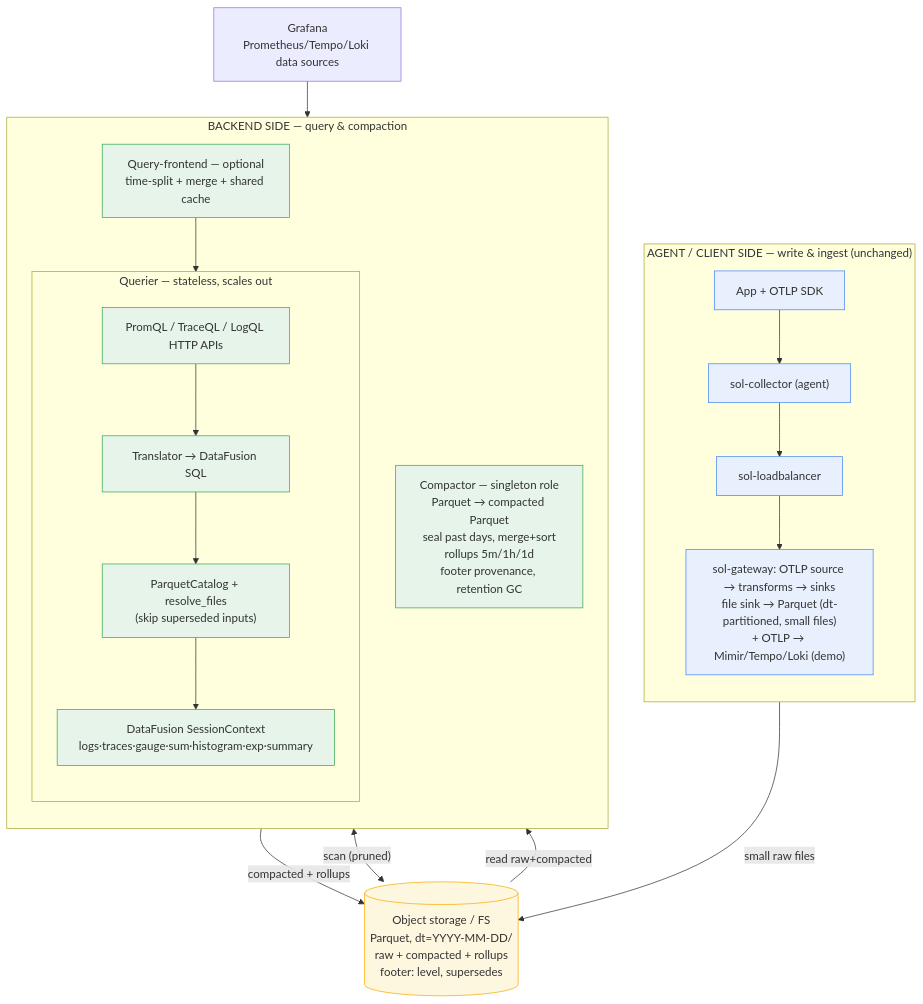
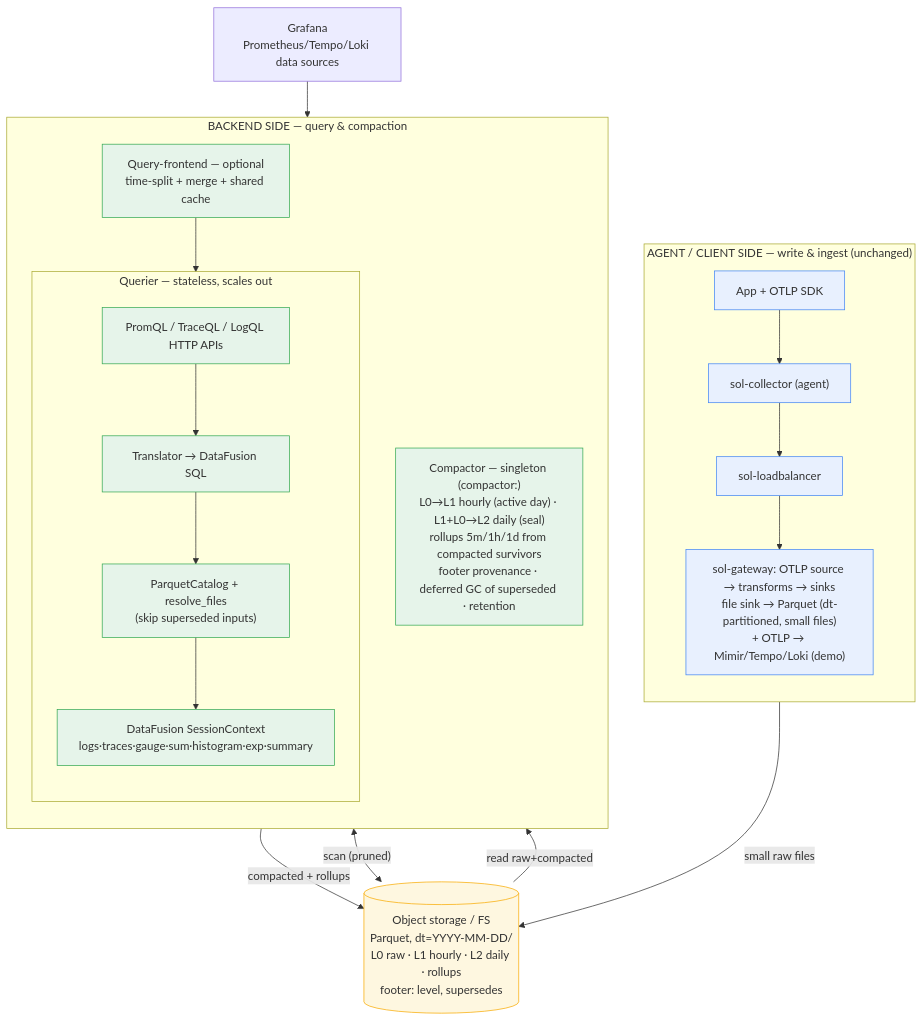
One commit to cboudereau/sol changed the first of 2 diagrams in docs/workspace/parquet-backend/DESIGN.md. Above: the diagram before and after it, drawn with Mermaid. The commit also changed other lines of this file and 3 other files, not shown here.

First line of the commit message:
docs(parquet-backend): reconcile workspace with shipped behavior + lifecycle diagram

````diff
--- a/docs/workspace/parquet-backend/DESIGN.md
+++ b/docs/workspace/parquet-backend/DESIGN.md
@@ -392,40 +400,40 @@
 ```mermaid
 flowchart TB
     subgraph AGENT["AGENT / CLIENT SIDE — write & ingest (unchanged)"]
         direction TB
         app["App + OTLP SDK"]
         coll["sol-collector (agent)"]
         lb["sol-loadbalancer"]
         gw["sol-gateway: OTLP source → transforms → sinks<br/>file sink → Parquet (dt-partitioned, small files)<br/>+ OTLP → Mimir/Tempo/Loki (demo)"]
         app --> coll --> lb --> gw
     end
 
-    store[("Object storage / FS<br/>Parquet, dt=YYYY-MM-DD/<br/>raw + compacted + rollups<br/>footer: level, supersedes")]
+    store[("Object storage / FS<br/>Parquet, dt=YYYY-MM-DD/<br/>L0 raw · L1 hourly · L2 daily · rollups<br/>footer: level, supersedes")]
 
     subgraph BACKEND["BACKEND SIDE — query & compaction"]
         direction TB
-        comp["Compactor — singleton role<br/>Parquet → compacted Parquet<br/>seal past days, merge+sort<br/>rollups 5m/1h/1d<br/>footer provenance, retention GC"]
+        comp["Compactor — singleton (compactor:)<br/>L0→L1 hourly (active day) · L1+L0→L2 daily (seal)<br/>rollups 5m/1h/1d from compacted survivors<br/>footer provenance · deferred GC of superseded · retention"]
         subgraph QR["Querier — stateless, scales out"]
             direction TB
             api["PromQL / TraceQL / LogQL HTTP APIs"]
             tr["Translator → DataFusion SQL"]
             cat["ParquetCatalog + resolve_files<br/>(skip superseded inputs)"]
             df["DataFusion SessionContext<br/>logs·traces·gauge·sum·histogram·exp·summary"]
             api --> tr --> cat --> df
         end
         qf["Query-frontend — optional<br/>time-split + merge + shared cache"]
     end
 
     gw -- small raw files --> store
     store -- read raw+compacted --> comp
     comp -- compacted + rollups --> store
     df <-- scan (pruned) --> store
     grafana["Grafana<br/>Prometheus/Tempo/Loki data sources"] --> qf --> QR
 
     classDef agent fill:#e8f0fe,stroke:#4285f4;
     classDef backend fill:#e6f4ea,stroke:#34a853;
     classDef storage fill:#fef7e0,stroke:#f9ab00;
     class app,coll,lb,gw agent;
     class comp,api,tr,cat,df,qf backend;
     class store storage;
 ```
````
